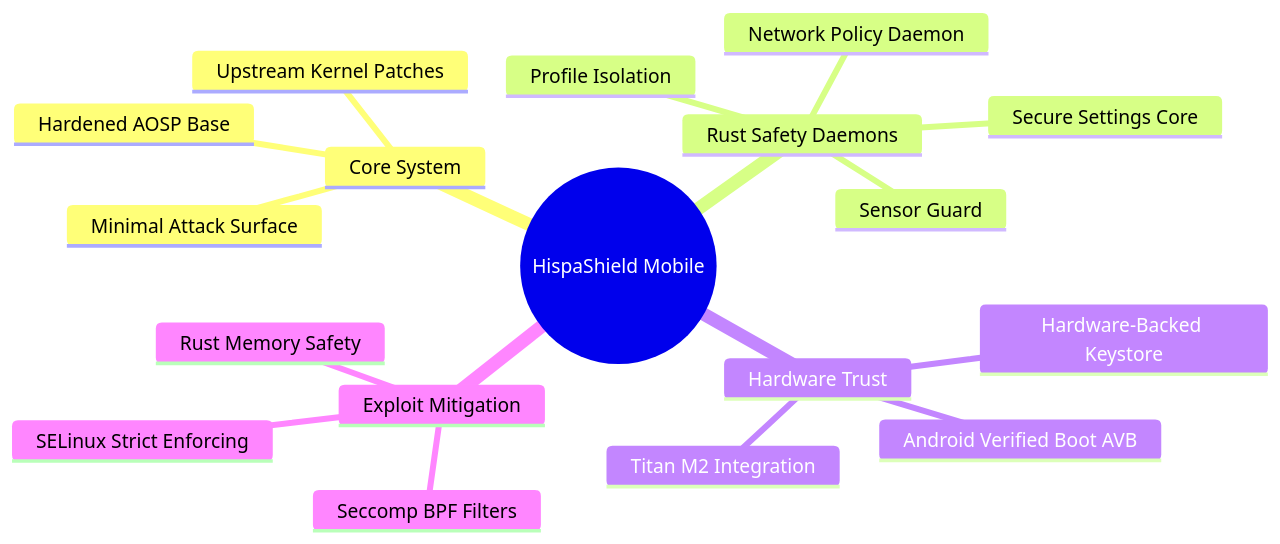
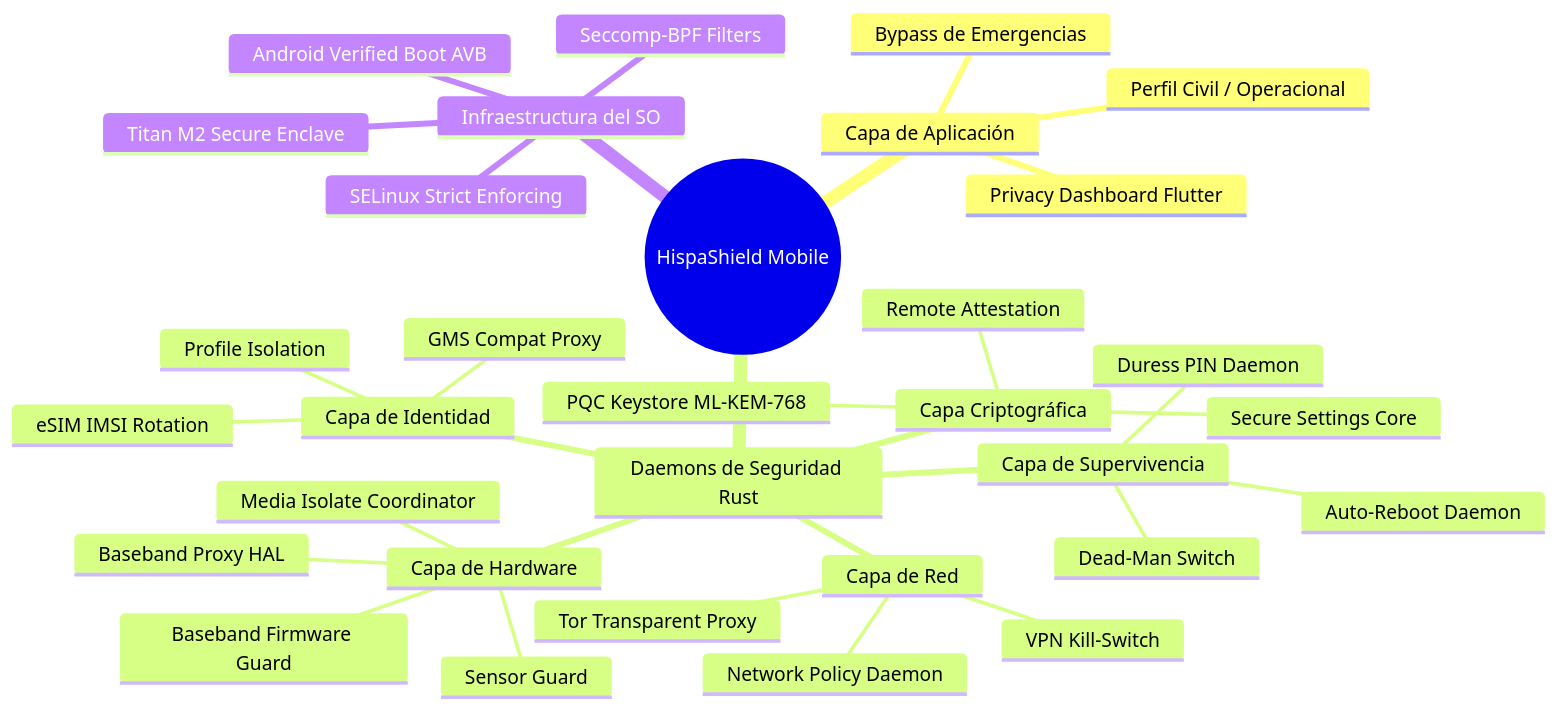
One commit to murdok1982/HispanShielMobile changed the first of 5 diagrams in README.md. Above: the diagram before and after it, drawn with Mermaid. The commit also changed other lines of this file, not shown here.

Commit message:
docs: update README with all 8 improvements and full architecture

````diff
--- a/README.md
+++ b/README.md
@@ -17,21 +19,35 @@
 ```mermaid
 mindmap
   root((HispaShield Mobile))
-    Core System
-        Hardened AOSP Base
-        Upstream Kernel Patches
-        Minimal Attack Surface
-    Rust Safety Daemons
-        Network Policy Daemon
-        Sensor Guard
-        Secure Settings Core
-        Profile Isolation
-    Hardware Trust
+    Capa de Aplicación
+        Privacy Dashboard Flutter
+        Perfil Civil / Operacional
+        Bypass de Emergencias
+    Daemons de Seguridad Rust
+        Capa de Red
+            Network Policy Daemon
+            VPN Kill-Switch
+            Tor Transparent Proxy
+        Capa de Identidad
+            eSIM IMSI Rotation
+            Profile Isolation
+            GMS Compat Proxy
+        Capa Criptográfica
+            PQC Keystore ML-KEM-768
+            Secure Settings Core
+            Remote Attestation
+        Capa de Supervivencia
+            Duress PIN Daemon
+            Dead-Man Switch
+            Auto-Reboot Daemon
+        Capa de Hardware
+            Sensor Guard
+            Baseband Proxy HAL
+            Baseband Firmware Guard
+            Media Isolate Coordinator
+    Infraestructura del SO
+        SELinux Strict Enforcing
+        Seccomp-BPF Filters
         Android Verified Boot AVB
-        Titan M2 Integration
-        Hardware-Backed Keystore
-    Exploit Mitigation
-        SELinux Strict Enforcing
-        Seccomp BPF Filters
-        Rust Memory Safety
+        Titan M2 Secure Enclave
 ```
````
